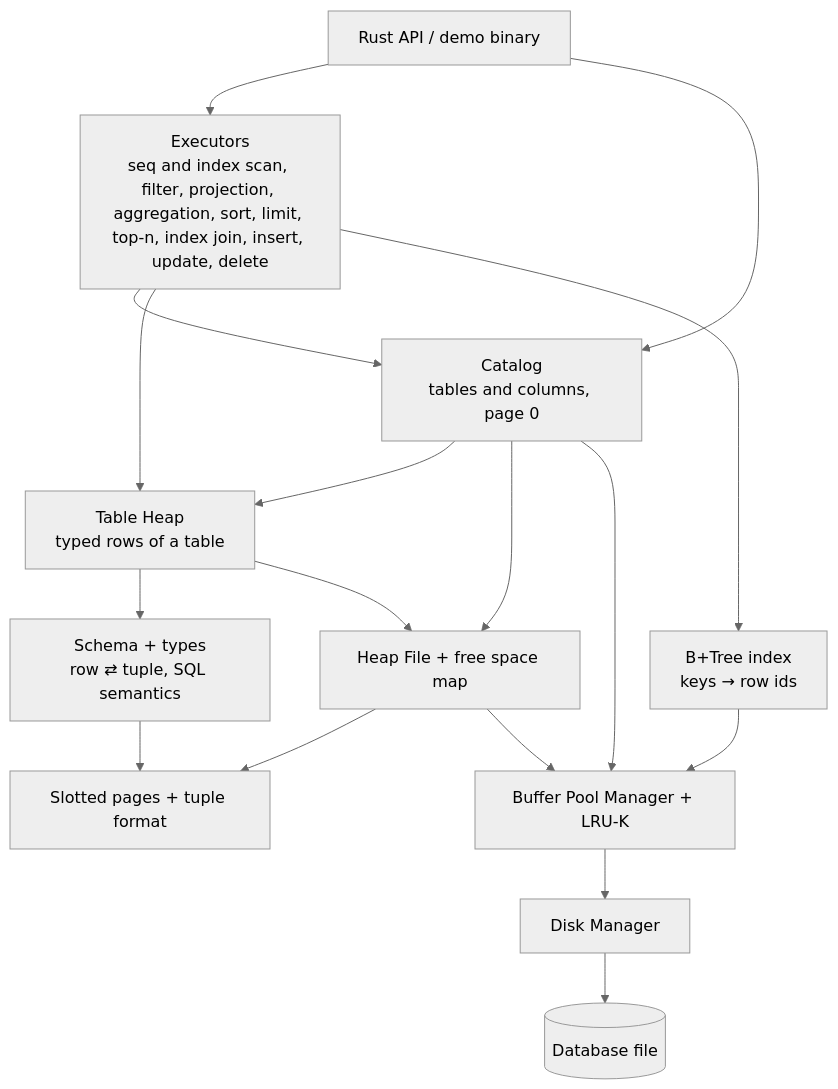
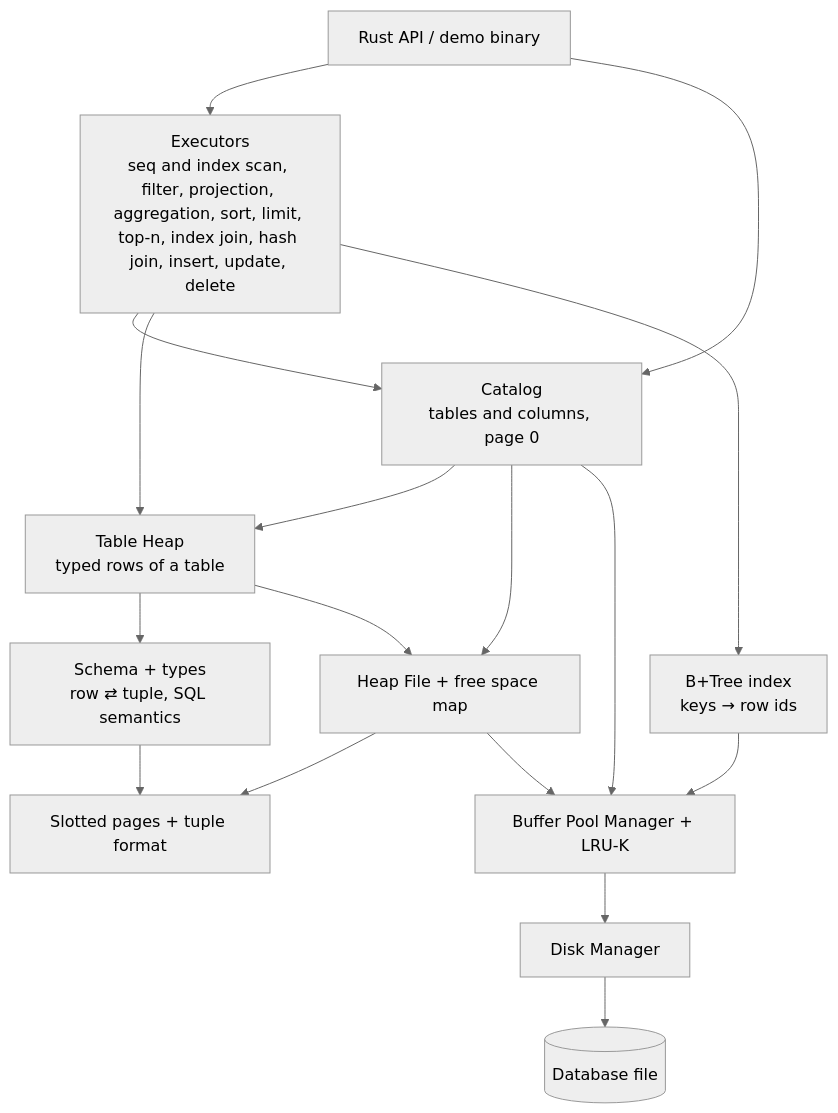
The diagram in README.md (RodrigoGrz/ferro-db), drawn with Mermaid (neutral theme) before and after one commit. The commit also changed other lines of this file and 10 other files, not shown here.

First line of the commit message:
feat/hash-join

````diff
--- a/README.md
+++ b/README.md
@@ -47,31 +47,31 @@
 ```mermaid
 flowchart TD
     app["Rust API / demo binary"]
     catalog["Catalog<br/>tables and columns, page 0"]
     tableheap["Table Heap<br/>typed rows of a table"]
     btree["B+Tree index<br/>keys → row ids"]
-    exec["Executors<br/>seq and index scan, filter, projection, aggregation, sort, limit, top-n, index join, insert, update, delete"]
+    exec["Executors<br/>seq and index scan, filter, projection, aggregation, sort, limit, top-n, index join, hash join, insert, update, delete"]
     schema["Schema + types<br/>row ⇄ tuple, SQL semantics"]
     heap["Heap File + free space map"]
     page["Slotted pages + tuple format"]
     bpm["Buffer Pool Manager + LRU-K"]
     disk["Disk Manager"]
     file[("Database file")]
 
     app --> exec
     exec --> catalog
     exec --> tableheap
     exec --> btree
     app --> catalog
     btree --> bpm
     catalog --> tableheap
     catalog --> heap
     tableheap --> schema
     tableheap --> heap
     schema --> page
     heap --> page
     heap --> bpm
     catalog --> bpm
     bpm --> disk
     disk --> file
 ```
````
